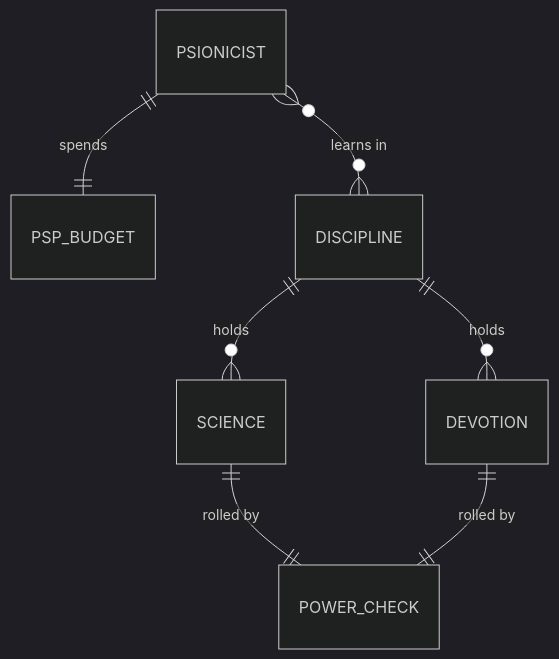
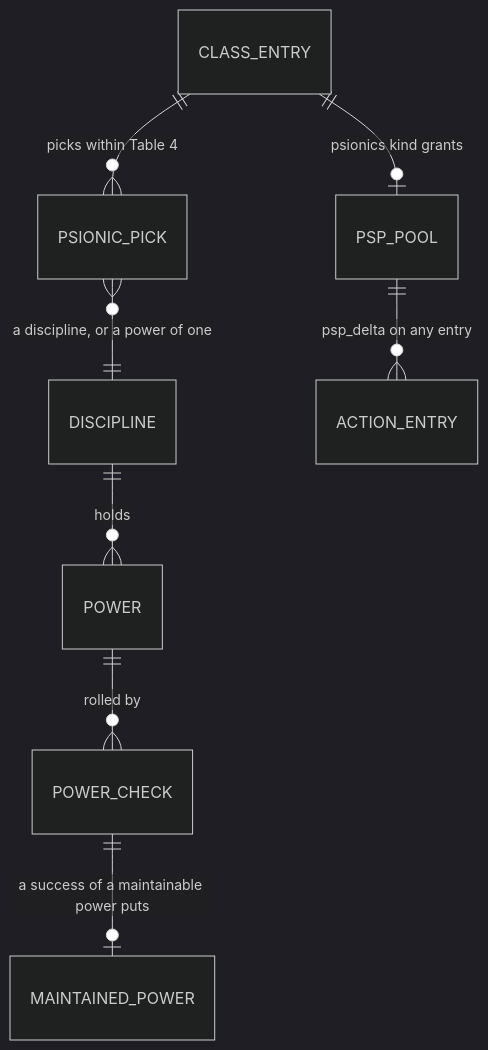
One commit to ceffo/critical changed the fifth of 5 diagrams in docs/domain-model.md. Above: the diagram before and after it, drawn with Mermaid (dark theme). The commit also changed other lines of this file and 8 other files, not shown here.

````diff
--- a/docs/domain-model.md
+++ b/docs/domain-model.md
@@ -167,9 +167,10 @@
 ```mermaid
 erDiagram
-    PSIONICIST ||--|| PSP_BUDGET : spends
-    PSIONICIST }o--o{ DISCIPLINE : "learns in"
-    DISCIPLINE ||--o{ SCIENCE : holds
-    DISCIPLINE ||--o{ DEVOTION : holds
-    SCIENCE ||--|| POWER_CHECK : "rolled by"
-    DEVOTION ||--|| POWER_CHECK : "rolled by"
+    CLASS_ENTRY ||--o| PSP_POOL : "psionics kind grants"
+    CLASS_ENTRY ||--o{ PSIONIC_PICK : "picks within Table 4"
+    PSIONIC_PICK }o--|| DISCIPLINE : "a discipline, or a power of one"
+    DISCIPLINE ||--o{ POWER : holds
+    POWER ||--o{ POWER_CHECK : "rolled by"
+    POWER_CHECK ||--o| MAINTAINED_POWER : "a success of a maintainable power puts"
+    PSP_POOL ||--o{ ACTION_ENTRY : "psp_delta on any entry"
 ```
````
